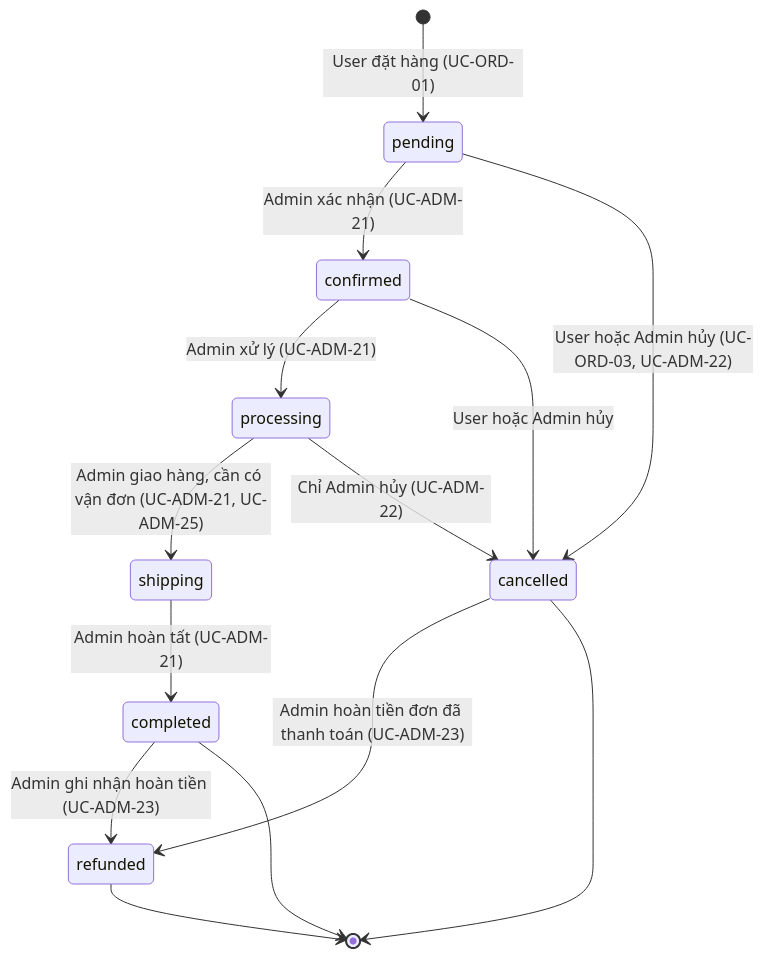
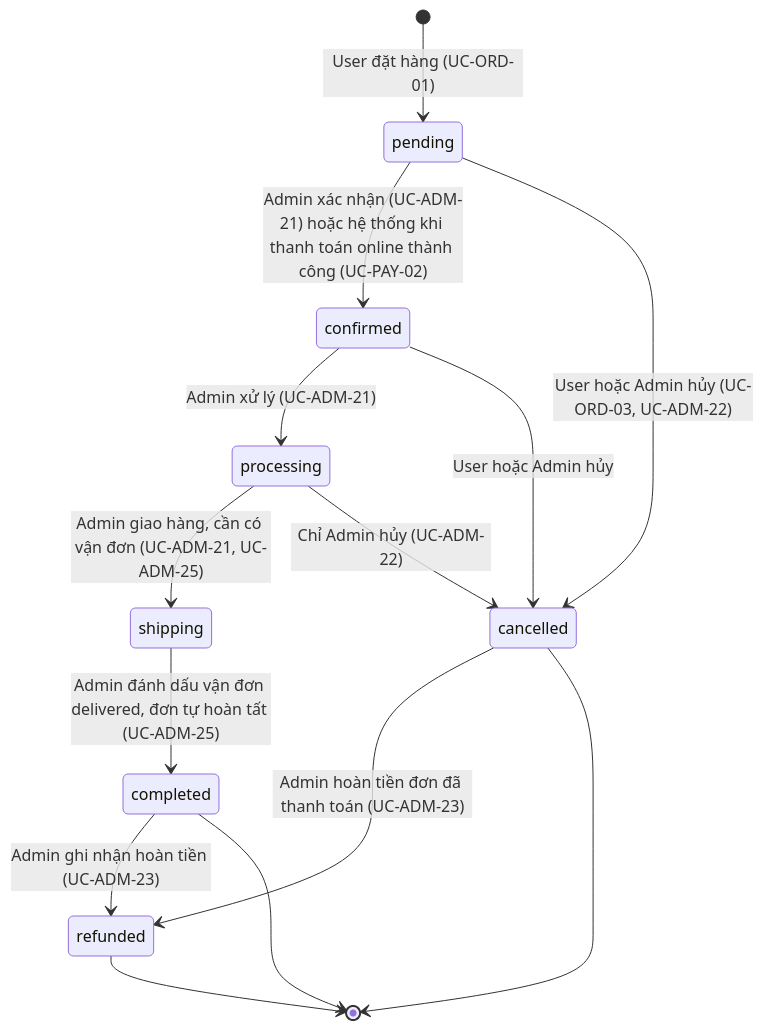
The seventh of 13 diagrams in docs/DAC_TA_CHUC_NANG_THEO_VAI_TRO.md (2431540234-arch/XDUDTMDT), drawn with Mermaid before and after one commit. The commit also changed other lines of this file, not shown here.

````diff
--- a/docs/DAC_TA_CHUC_NANG_THEO_VAI_TRO.md
+++ b/docs/DAC_TA_CHUC_NANG_THEO_VAI_TRO.md
@@ -1824,16 +1848,16 @@
 ```mermaid
 stateDiagram-v2
     [*] --> pending: User đặt hàng (UC-ORD-01)
-    pending --> confirmed: Admin xác nhận (UC-ADM-21)
+    pending --> confirmed: Admin xác nhận (UC-ADM-21) hoặc hệ thống khi thanh toán online thành công (UC-PAY-02)
     pending --> cancelled: User hoặc Admin hủy (UC-ORD-03, UC-ADM-22)
     confirmed --> processing: Admin xử lý (UC-ADM-21)
     confirmed --> cancelled: User hoặc Admin hủy
     processing --> shipping: Admin giao hàng, cần có vận đơn (UC-ADM-21, UC-ADM-25)
     processing --> cancelled: Chỉ Admin hủy (UC-ADM-22)
-    shipping --> completed: Admin hoàn tất (UC-ADM-21)
+    shipping --> completed: Admin đánh dấu vận đơn delivered, đơn tự hoàn tất (UC-ADM-25)
     completed --> refunded: Admin ghi nhận hoàn tiền (UC-ADM-23)
     cancelled --> refunded: Admin hoàn tiền đơn đã thanh toán (UC-ADM-23)
     refunded --> [*]
     completed --> [*]
     cancelled --> [*]
 ```
````
